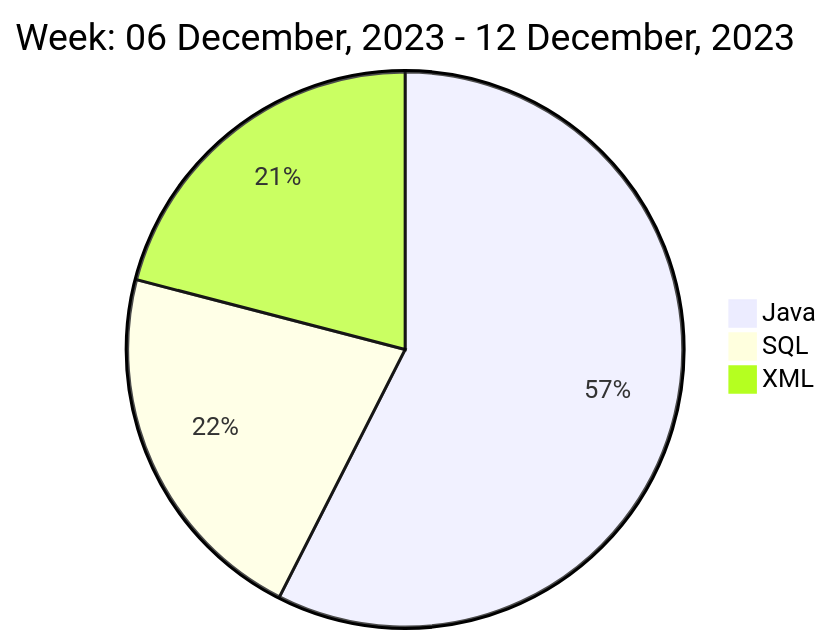
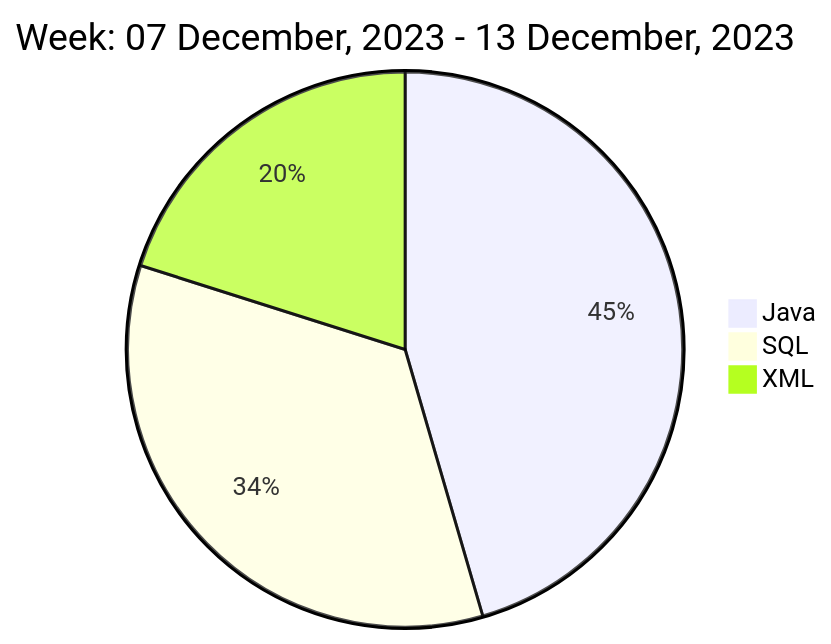
The diagram in README.md (liubin95/liubin95), drawn with Mermaid before and after one commit.

Commit message:
Updated the Graph with new Metrics

````diff
--- a/README.md
+++ b/README.md
@@ -37,7 +37,7 @@
 ```mermaid
  pie
-title Week: 06 December, 2023 - 12 December, 2023
- "Java" : 6.53
- "SQL" : 2.45
- "XML" : 2.38
+title Week: 07 December, 2023 - 13 December, 2023
+ "Java" : 5.95
+ "SQL" : 4.5
+ "XML" : 2.63
 ```
````
